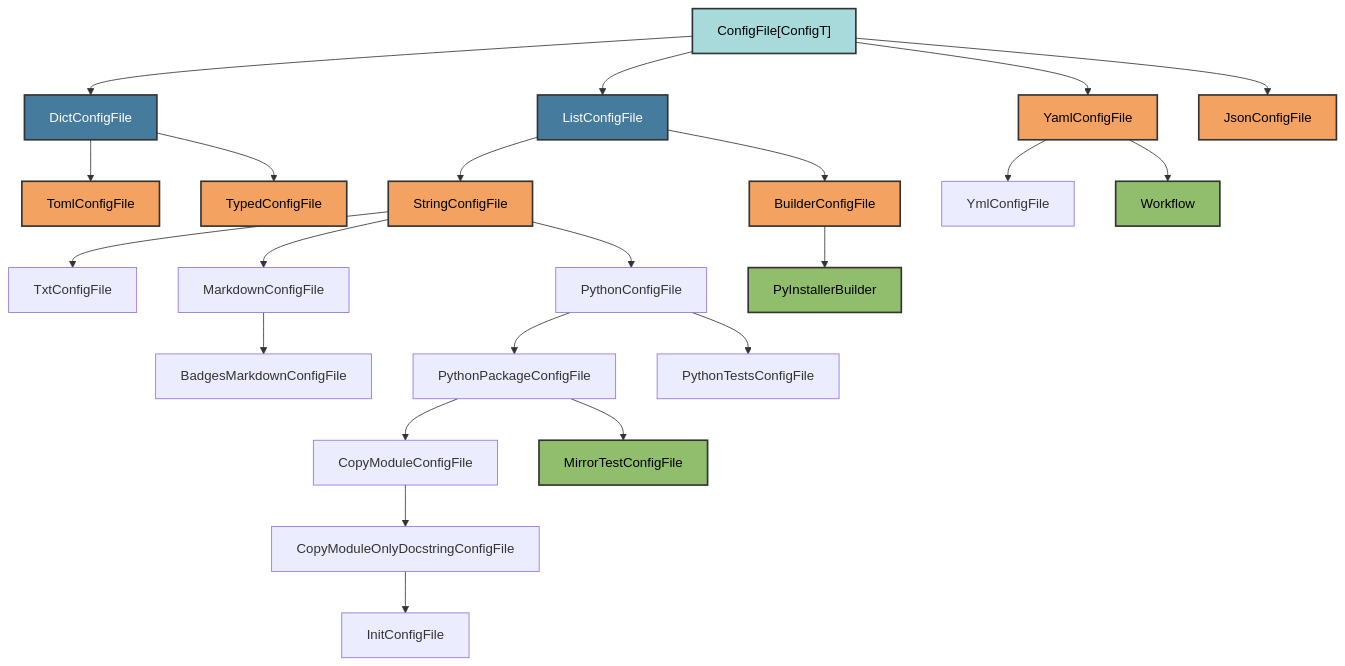
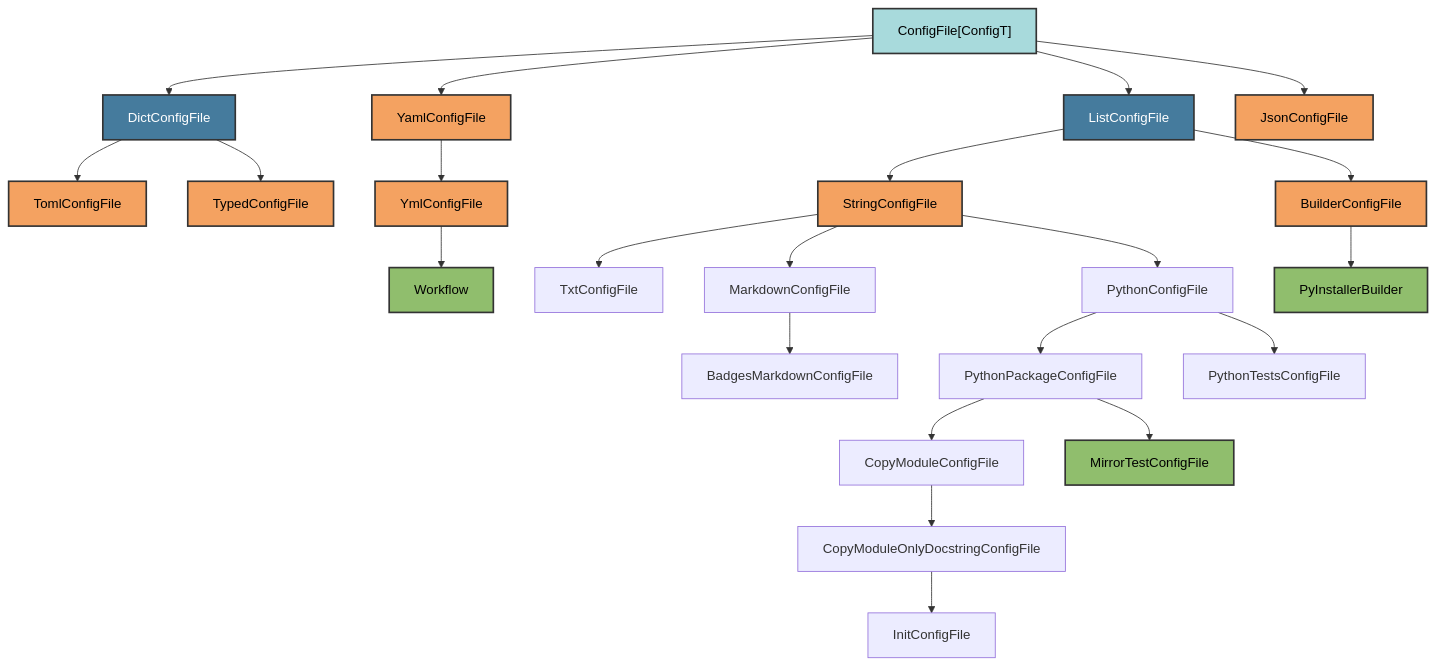
One commit to Winipedia/pyrig changed the first of 3 diagrams in docs/configs/architecture.md. Above: the diagram before and after it, drawn with Mermaid. The commit also changed 1 other file, not shown here.

Commit message:
yaml workflows to yml workflows

````diff
--- a/docs/configs/architecture.md
+++ b/docs/configs/architecture.md
@@ -18,45 +18,46 @@
 ```mermaid
 graph TD
     A["ConfigFile[ConfigT]"] --> H[DictConfigFile]
     A --> I[ListConfigFile]
     A --> B[YamlConfigFile]
     A --> F[JsonConfigFile]
 
     H --> C[TomlConfigFile]
     H --> E[TypedConfigFile]
 
     I --> D[StringConfigFile]
     I --> G[BuilderConfigFile]
 
     B --> B1[YmlConfigFile]
-    B --> B2[Workflow]
+    B1 --> B2[Workflow]
 
     D --> D1[TxtConfigFile]
     D --> D2[MarkdownConfigFile]
     D --> D3[PythonConfigFile]
 
     D2 --> D2A[BadgesMarkdownConfigFile]
 
     D3 --> D3A[PythonPackageConfigFile]
     D3 --> D3B[PythonTestsConfigFile]
 
     D3A --> D3A1[CopyModuleConfigFile]
     D3A --> D3A2[MirrorTestConfigFile]
     D3A1 --> D3A1A[CopyModuleOnlyDocstringConfigFile]
     D3A1A --> D3A1A1[InitConfigFile]
 
     G --> G1[PyInstallerBuilder]
 
     style A fill:#a8dadc,stroke:#333,stroke-width:2px,color:#000
     style H fill:#457b9d,stroke:#333,stroke-width:2px,color:#fff
     style I fill:#457b9d,stroke:#333,stroke-width:2px,color:#fff
     style B fill:#f4a261,stroke:#333,stroke-width:2px,color:#000
     style C fill:#f4a261,stroke:#333,stroke-width:2px,color:#000
     style D fill:#f4a261,stroke:#333,stroke-width:2px,color:#000
     style E fill:#f4a261,stroke:#333,stroke-width:2px,color:#000
     style F fill:#f4a261,stroke:#333,stroke-width:2px,color:#000
     style G fill:#f4a261,stroke:#333,stroke-width:2px,color:#000
+    style B1 fill:#f4a261,stroke:#333,stroke-width:2px,color:#000
     style B2 fill:#90be6d,stroke:#333,stroke-width:2px,color:#000
     style D3A2 fill:#90be6d,stroke:#333,stroke-width:2px,color:#000
     style G1 fill:#90be6d,stroke:#333,stroke-width:2px,color:#000
 ```
````
